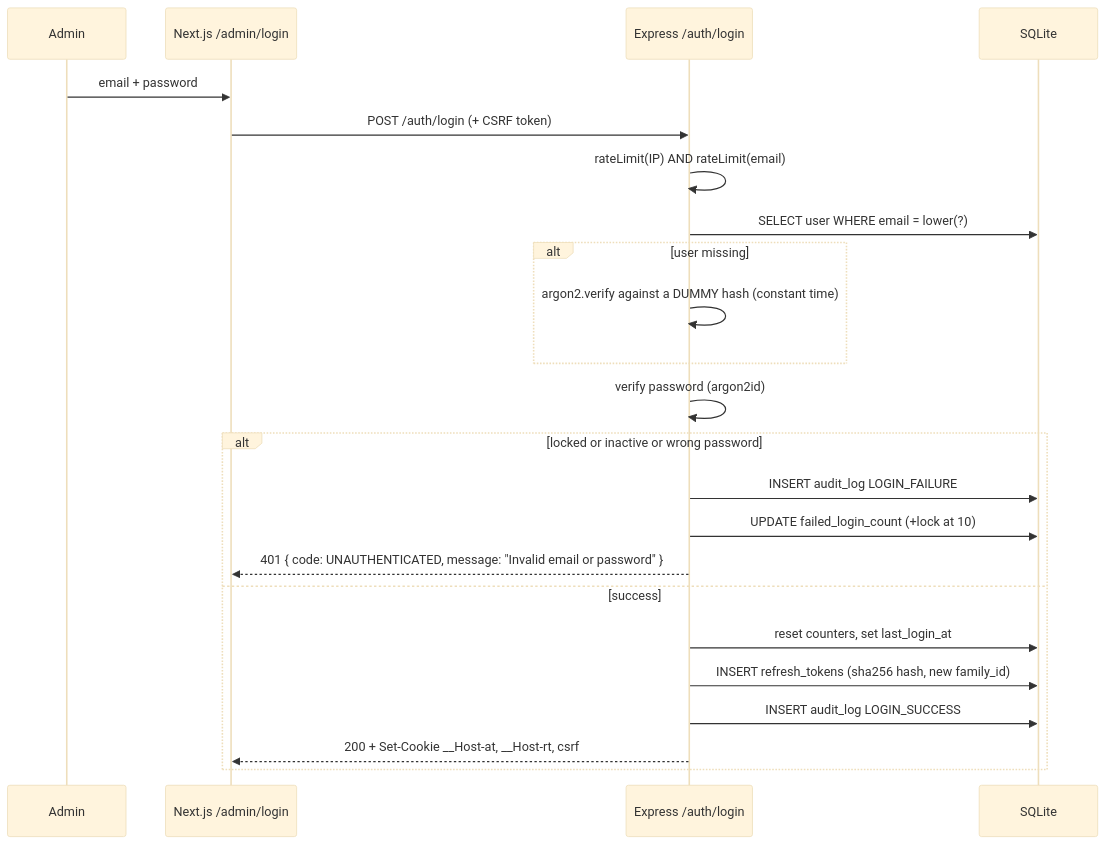
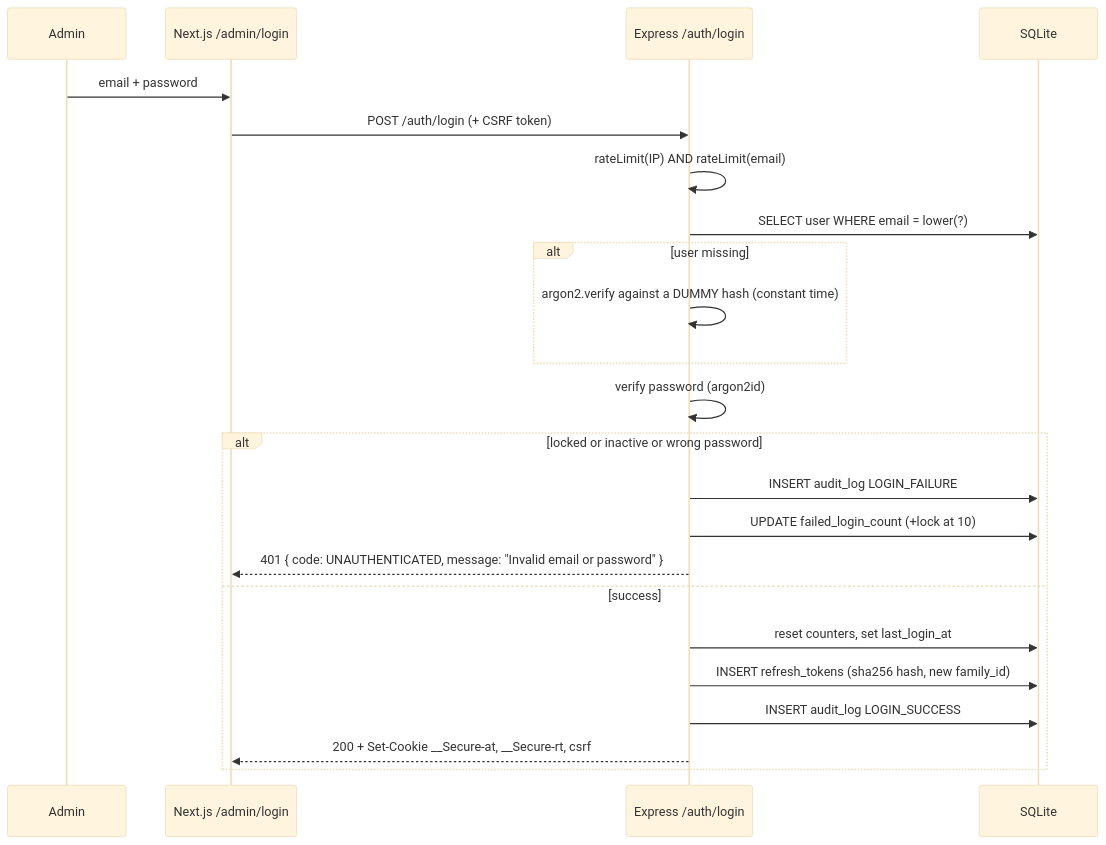
One commit to EslamRamzy/test changed the first of 2 diagrams in docs/architecture/04-authentication-architecture.md. Above: the diagram before and after it, drawn with Mermaid (base theme). The commit also changed other lines of this file and 9 other files, not shown here.

````diff
--- a/docs/architecture/04-authentication-architecture.md
+++ b/docs/architecture/04-authentication-architecture.md
@@ -32,26 +42,26 @@
 ```mermaid
 sequenceDiagram
     participant U as Admin
     participant W as Next.js /admin/login
     participant A as Express /auth/login
     participant D as SQLite
 
     U->>W: email + password
     W->>A: POST /auth/login (+ CSRF token)
     A->>A: rateLimit(IP) AND rateLimit(email)
     A->>D: SELECT user WHERE email = lower(?)
     alt user missing
         A->>A: argon2.verify against a DUMMY hash (constant time)
     end
     A->>A: verify password (argon2id)
     alt locked or inactive or wrong password
         A->>D: INSERT audit_log LOGIN_FAILURE
         A->>D: UPDATE failed_login_count (+lock at 10)
         A-->>W: 401 { code: UNAUTHENTICATED, message: "Invalid email or password" }
     else success
         A->>D: reset counters, set last_login_at
         A->>D: INSERT refresh_tokens (sha256 hash, new family_id)
         A->>D: INSERT audit_log LOGIN_SUCCESS
-        A-->>W: 200 + Set-Cookie __Host-at, __Host-rt, csrf
+        A-->>W: 200 + Set-Cookie __Secure-at, __Secure-rt, csrf
     end
 ```
````
